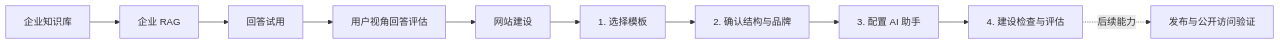
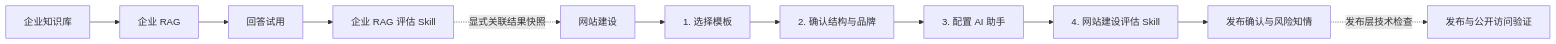
The diagram in module/client/dashboard/ai-website-preview/AI官网-流程与设计说明.md (xiafanzeng/frontmind-brand), drawn with Mermaid before and after one commit. The commit also changed other lines of this file and 17 other files, not shown here.

````diff
--- a/module/client/dashboard/ai-website-preview/AI官网-流程与设计说明.md
+++ b/module/client/dashboard/ai-website-preview/AI官网-流程与设计说明.md
@@ -63,12 +63,13 @@
 ```mermaid
 flowchart LR
   KB[企业知识库] --> RAG[企业 RAG]
   RAG --> QA[回答试用]
-  QA --> Review[用户视角回答评估]
-  Review --> Build[网站建设]
+  QA --> RagReview[企业 RAG 评估 Skill]
+  RagReview -. 显式关联结果快照 .-> Build[网站建设]
   Build --> T[1. 选择模板]
   T --> S[2. 确认结构与品牌]
   S --> A[3. 配置 AI 助手]
-  A --> E[4. 建设检查与评估]
-  E -. 后续能力 .-> P[发布与公开访问验证]
+  A --> E[4. 网站建设评估 Skill]
+  E --> C[发布确认与风险知情]
+  C -. 发布层技术检查 .-> P[发布与公开访问验证]
 ```
````
